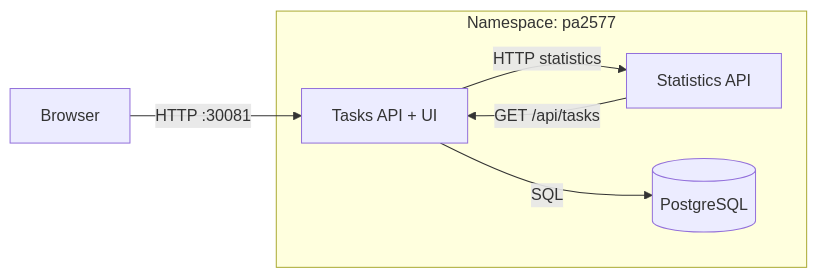
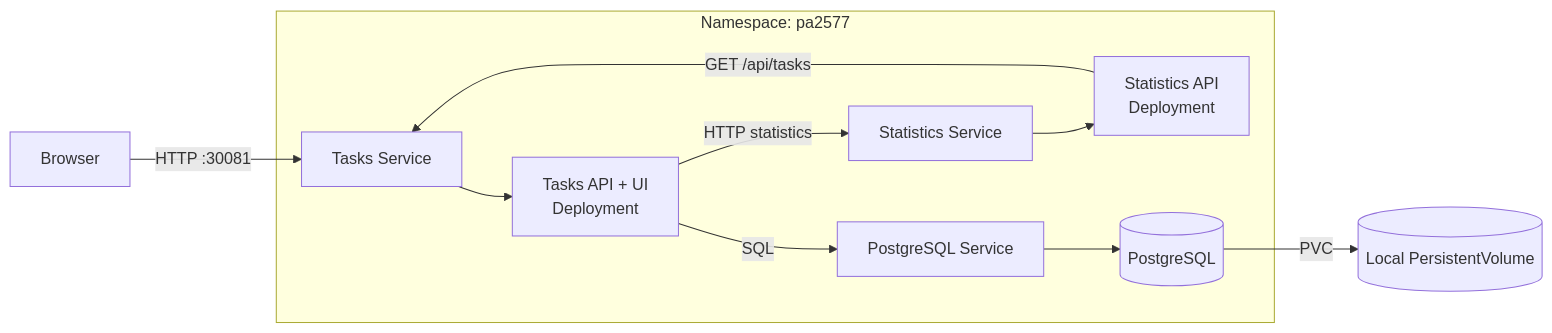
Before and after one commit to icordus/PA2577: the diagram in README.md, drawn with Mermaid. The commit also changed other lines of this file, not shown here.

Commit message:
Update README to improve service representation and clarify architecture diagram

````diff
--- a/README.md
+++ b/README.md
@@ -15,13 +15,20 @@
 ```mermaid
 flowchart LR
 	Browser[Browser]
 	subgraph Kubernetes[Namespace: pa2577]
-		Tasks[Tasks API + UI]
-		Stats[Statistics API]
+		TasksSvc[Tasks Service]
+		Tasks["Tasks API + UI<br/>Deployment"]
+		StatsSvc[Statistics Service]
+		Stats["Statistics API<br/>Deployment"]
+		DBSvc[PostgreSQL Service]
 		DB[(PostgreSQL)]
-		Tasks -->|SQL| DB
-		Tasks -->|HTTP statistics| Stats
-		Stats -->|GET /api/tasks| Tasks
+		TasksSvc --> Tasks
+		Tasks -->|HTTP statistics| StatsSvc
+		StatsSvc --> Stats
+		Stats -->|GET /api/tasks| TasksSvc
+		Tasks -->|SQL| DBSvc
+		DBSvc --> DB
 	end
-	Browser -->|HTTP :30081| Tasks
+	Browser -->|HTTP :30081| TasksSvc
+	DB -->|PVC| PV[(Local PersistentVolume)]
 ```
````
